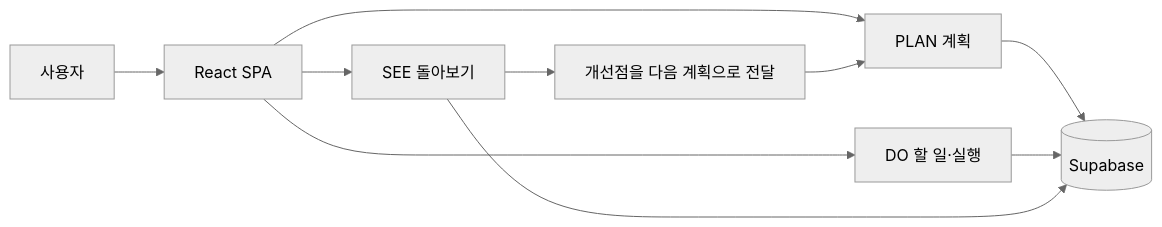
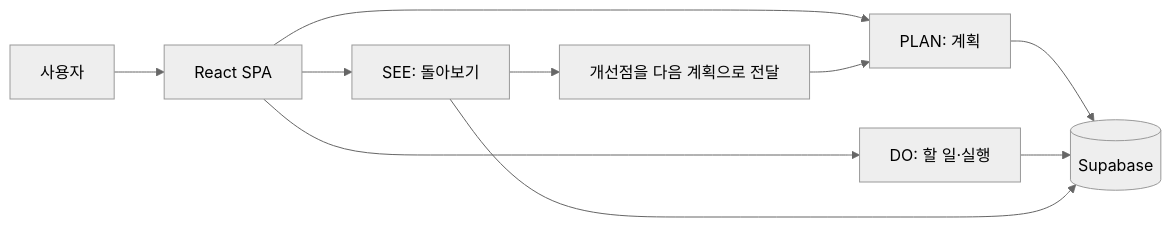
Before and after one commit to Gilin03/pds-diary: the first of 2 diagrams in README.md, drawn with Mermaid (neutral theme). The commit also changed other lines of this file and 2 other files, not shown here.

````diff
--- a/README.md
+++ b/README.md
@@ -47,12 +119,12 @@
 ```mermaid
 flowchart LR
-    User[사용자] --> App[React SPA]
-    App --> Plan[PLAN 계획]
-    App --> Do[DO 할 일·실행]
-    App --> See[SEE 돌아보기]
-    Plan --> Data[(Supabase)]
+    User["사용자"] --> App["React SPA"]
+    App --> Plan["PLAN: 계획"]
+    App --> Do["DO: 할 일·실행"]
+    App --> See["SEE: 돌아보기"]
+    Plan --> Data[("Supabase")]
     Do --> Data
     See --> Data
-    See --> Next[개선점을 다음 계획으로 전달]
+    See --> Next["개선점을 다음 계획으로 전달"]
     Next --> Plan
 ```
````
